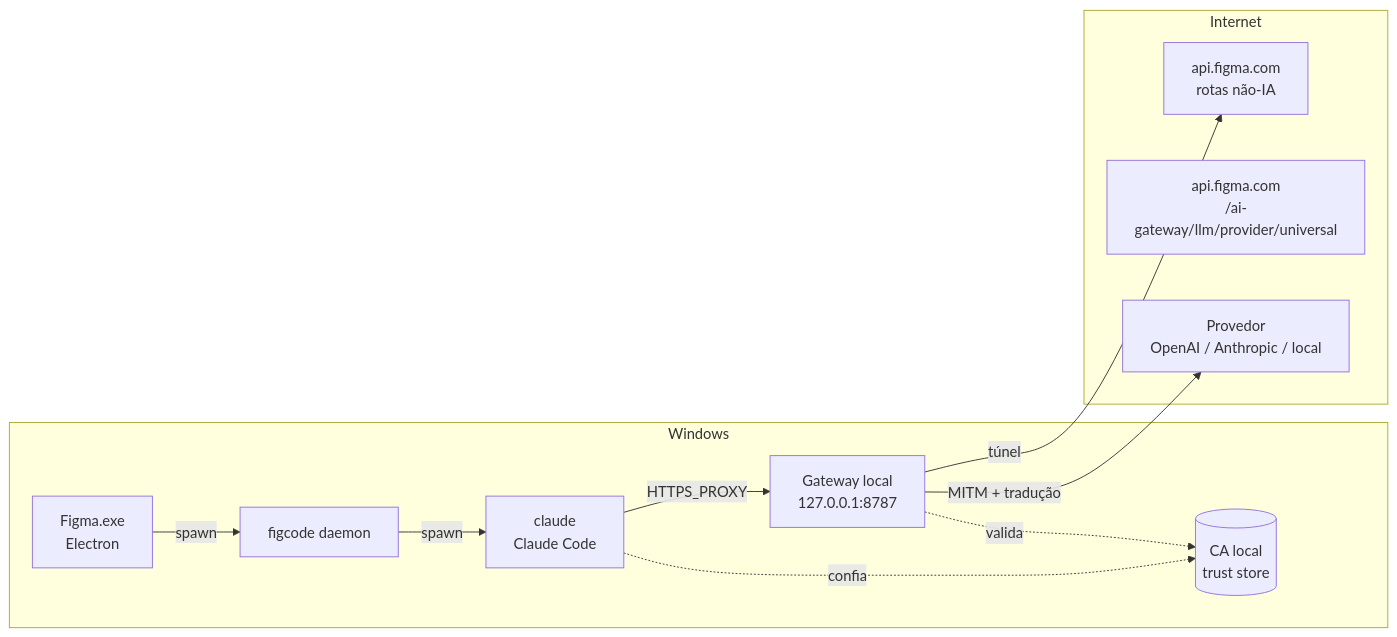
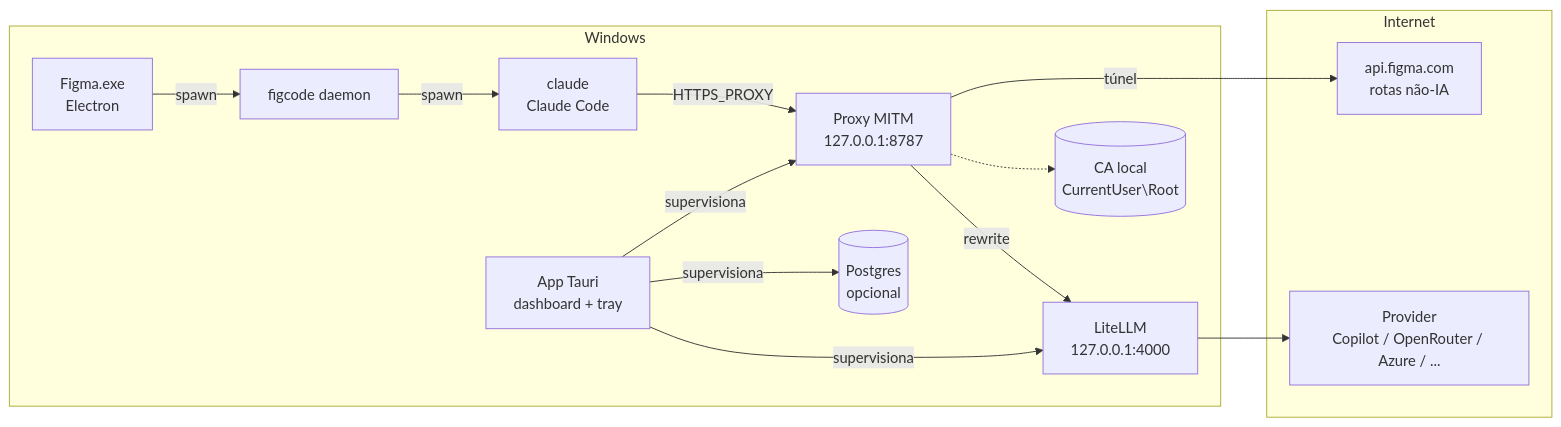
One commit to marcos2872/frank-figma-gateway changed the first of 2 diagrams in docs/figma-gateway-integration.md. Above: the diagram before and after it, drawn with Mermaid. The commit also changed other lines of this file and 9 other files, not shown here.

````diff
--- a/docs/figma-gateway-integration.md
+++ b/docs/figma-gateway-integration.md
@@ -8,23 +8,28 @@
 ```mermaid
 flowchart LR
     subgraph Windows
         E[Figma.exe<br/>Electron]
         F[figcode daemon]
         C[claude<br/>Claude Code]
-        GW[Gateway local<br/>127.0.0.1:8787]
-        CA[(CA local<br/>trust store)]
+        A[App Tauri<br/>dashboard + tray]
+        P[Proxy MITM<br/>127.0.0.1:8787]
+        L[LiteLLM<br/>127.0.0.1:4000]
+        PG[(Postgres<br/>opcional)]
+        CA[(CA local<br/>CurrentUser\Root)]
     end
 
     subgraph Internet
         API[api.figma.com<br/>rotas não-IA]
-        AI[api.figma.com<br/>/ai-gateway/llm/provider/universal]
-        P[Provedor<br/>OpenAI / Anthropic / local]
+        X[Provider<br/>Copilot / OpenRouter / Azure / ...]
     end
 
+    A -->|supervisiona| P
+    A -->|supervisiona| L
+    A -->|supervisiona| PG
     E -->|spawn| F -->|spawn| C
-    C -->|HTTPS_PROXY| GW
-    GW -->|túnel| API
-    GW -->|MITM + tradução| P
-    GW -.->|valida| CA
-    C -.->|confia| CA
+    C -->|HTTPS_PROXY| P
+    P -->|túnel| API
+    P -->|rewrite| L
+    L --> X
+    P -.-> CA
 ```
````
